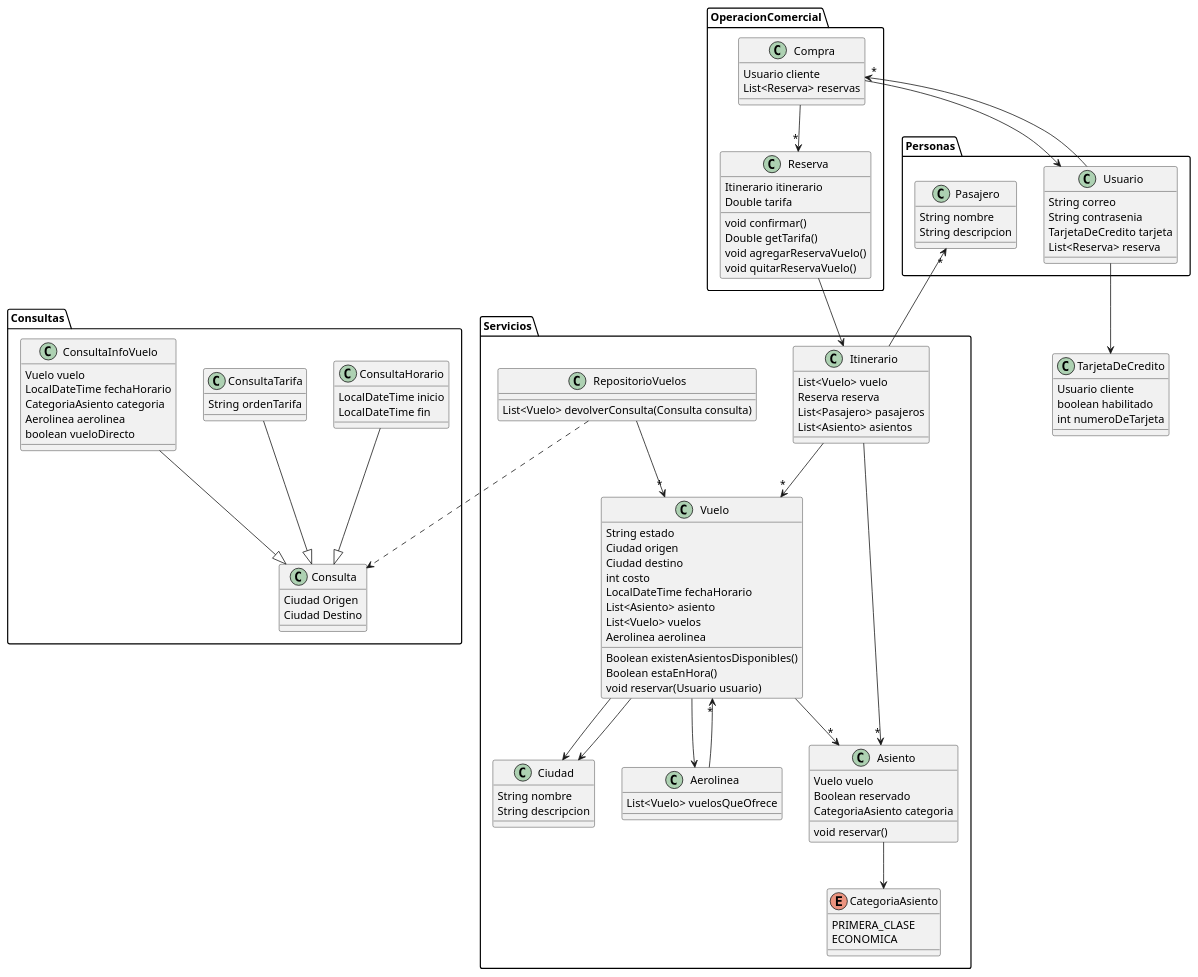
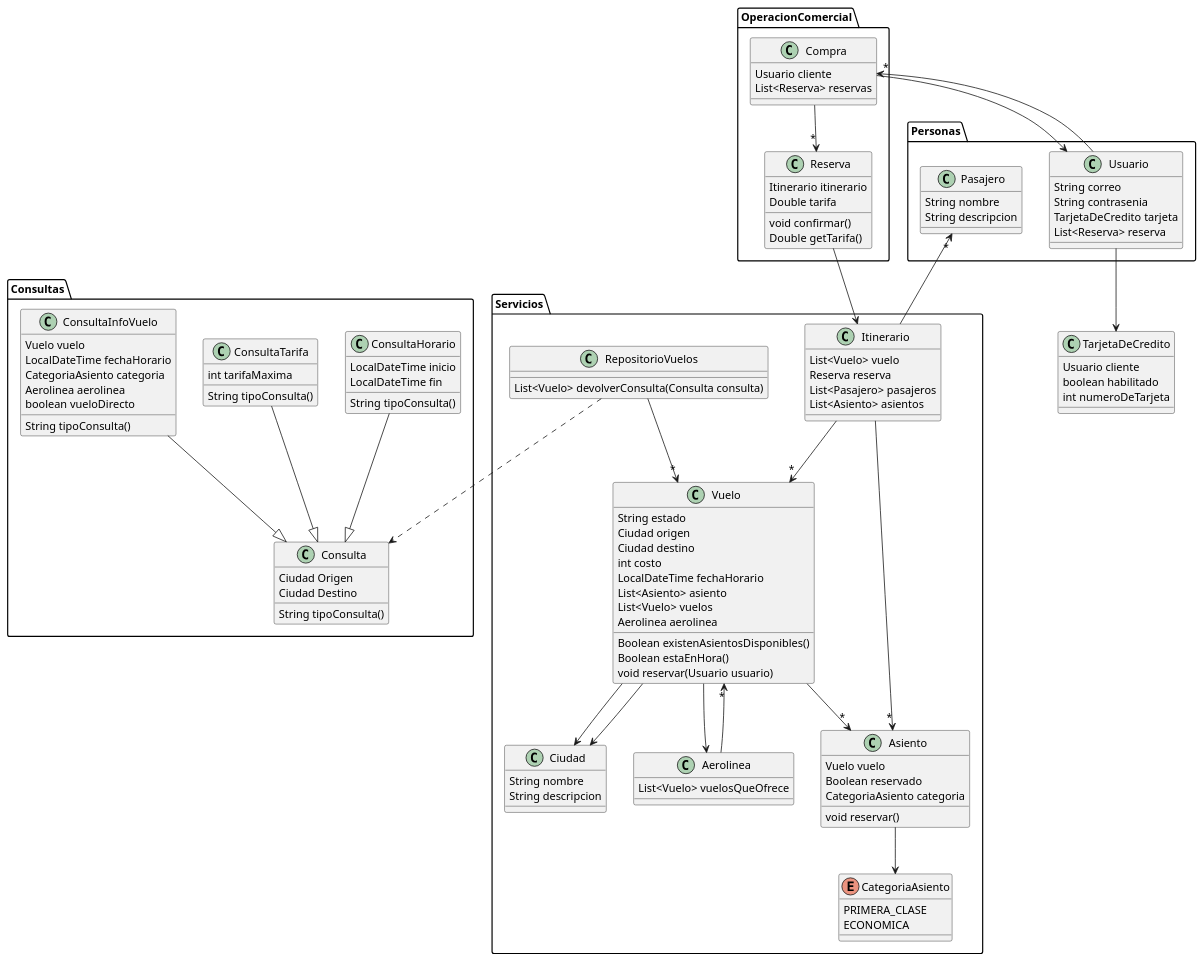
The diagram in src/DiagramaDeClases_EJ32.puml (LucasBarr99/DDS-Grupo7), drawn with PlantUML before and after one commit. The commit also changed 4 other files, not shown here.

```diff
--- a/src/DiagramaDeClases_EJ32.puml
+++ b/src/DiagramaDeClases_EJ32.puml
@@ -1,160 +1,166 @@
 @startuml
 'https://plantuml.com/class-diagram
 
 
 
 package Personas{
 class Usuario {
     String correo
     String contrasenia
     TarjetaDeCredito tarjeta
     List<Reserva> reserva
 
 }
 
 class Pasajero {
    String nombre
    String descripcion
 }
 }
 
 package OperacionComercial{
 class Compra{
     Usuario cliente
     List<Reserva> reservas
 }
 class Reserva{
     Itinerario itinerario
     Double tarifa
 
     void confirmar()
     Double getTarifa()
-    void agregarReservaVuelo()
-    void quitarReservaVuelo()
-
 }
 
 }
 
 package Servicios{
 class Vuelo{
     String estado
     Ciudad origen
     Ciudad destino
     int costo
     LocalDateTime fechaHorario
     List<Asiento> asiento
     List<Vuelo> vuelos
     Aerolinea aerolinea
 
     Boolean existenAsientosDisponibles()
     Boolean estaEnHora()
     void reservar(Usuario usuario)
 
 }
 
 class Asiento{
     Vuelo vuelo
     Boolean reservado
     CategoriaAsiento categoria
 
     void reservar()
 }
 
 enum CategoriaAsiento{
     PRIMERA_CLASE
     ECONOMICA
 
 }
 
 class Itinerario{
     List<Vuelo> vuelo
     Reserva reserva
     List<Pasajero> pasajeros
     List<Asiento> asientos
 
 
 }
 
 
 class Ciudad{
     String nombre
     String descripcion
 }
 
 class Aerolinea{
     List<Vuelo> vuelosQueOfrece
 }
 
 class RepositorioVuelos{
 
     List<Vuelo> devolverConsulta(Consulta consulta)
 }
 }
 
 package Consultas{
 class Consulta{
   Ciudad Origen
-    Ciudad Destino
+  Ciudad Destino
 
+  String tipoConsulta()
 }
 
 class ConsultaHorario{
     LocalDateTime inicio
     LocalDateTime fin
 
+    String tipoConsulta()
+
+
 }
 class ConsultaTarifa{
-   String ordenTarifa
+   int tarifaMaxima
+
+   String tipoConsulta()
+
 }
 class ConsultaInfoVuelo{
     Vuelo vuelo
     LocalDateTime fechaHorario
     CategoriaAsiento categoria
     Aerolinea aerolinea
     boolean vueloDirecto
+
+    String tipoConsulta()
 }
 }
 
 
 
 class TarjetaDeCredito{
    Usuario cliente
    boolean habilitado
    int numeroDeTarjeta
 }
 
 
 
 Usuario -->"*" Compra
 Usuario --> TarjetaDeCredito
 
 
 
 Compra -->"*" Reserva
 Compra --> Usuario
 
 Aerolinea -->"*" Vuelo
 
 Reserva --> Itinerario
 
 
 ConsultaHorario --|> Consulta
 ConsultaTarifa --|> Consulta
 ConsultaInfoVuelo--|> Consulta
 
 Itinerario -->"*" Vuelo
 Itinerario -->"*" Asiento
 Itinerario -->"*" Pasajero
 
 Vuelo -->"*" Asiento
 Vuelo --> Ciudad
 Vuelo --> Ciudad
 Vuelo --> Aerolinea
 
 Asiento --> CategoriaAsiento
 
 RepositorioVuelos -->"*" Vuelo
 RepositorioVuelos ..> Consulta
 
 @enduml
```
